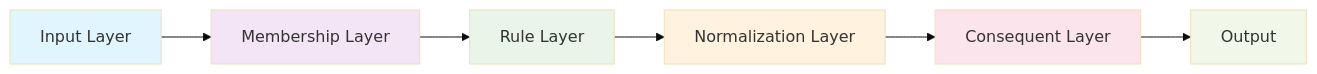
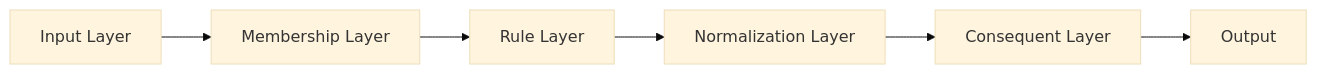
Before and after one commit to dcruzf/anfis-toolbox: the diagram in docs/index.md, drawn with Mermaid (base theme). The commit also changed 1 other file, not shown here.

Commit message:
docs: update styles and clean up index documentation

````diff
--- a/docs/index.md
+++ b/docs/index.md
@@ -157,15 +157,8 @@
 ```mermaid
 graph LR
     A[Input Layer] --> B[Membership Layer]
     B --> C[Rule Layer]
     C --> D[Normalization Layer]
     D --> E[Consequent Layer]
     E --> F[Output]
-
-    style A fill:#e1f5fe
-    style B fill:#f3e5f5
-    style C fill:#e8f5e8
-    style D fill:#fff3e0
-    style E fill:#fce4ec
-    style F fill:#f1f8e9
 ```
````
